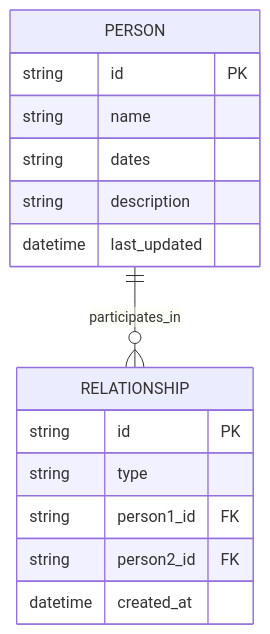
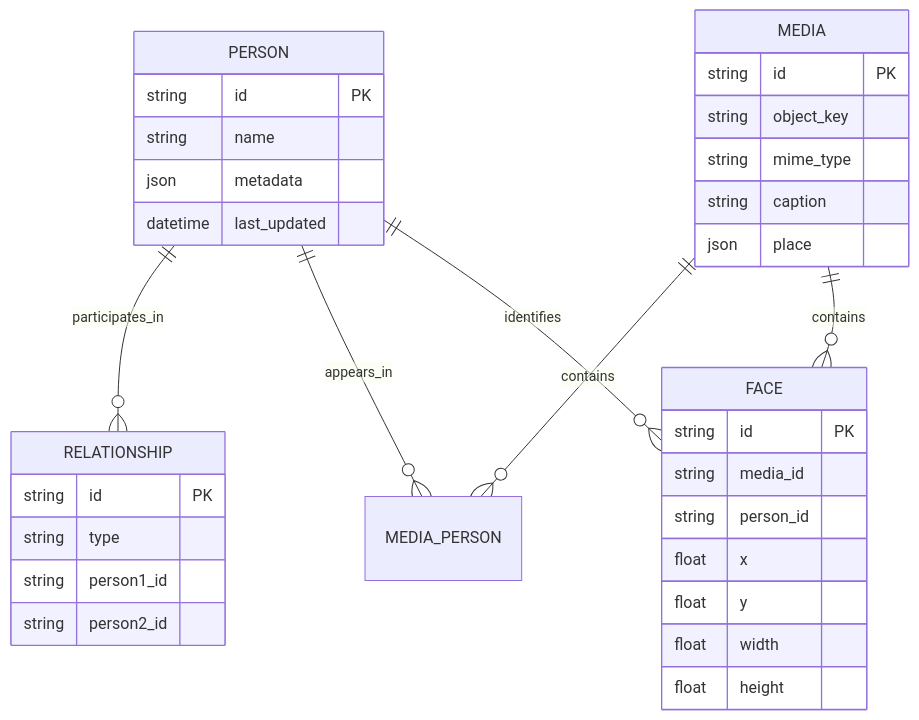
One commit to guybarnahum/family_tree changed the second of 2 diagrams in README.md. Above: the diagram before and after it, drawn with Mermaid. The commit also changed other lines of this file, not shown here.

````diff
--- a/README.md
+++ b/README.md
@@ -82,18 +111,40 @@
 ```mermaid
 erDiagram
     PERSON ||--o{ RELATIONSHIP : participates_in
+    PERSON ||--o{ MEDIA_PERSON : appears_in
+    MEDIA ||--o{ MEDIA_PERSON : contains
+    MEDIA ||--o{ FACE : contains
+    PERSON ||--o{ FACE : identifies
+
     PERSON {
         string id PK
         string name
-        string dates
-        string description
+        json metadata
         datetime last_updated
     }
+
     RELATIONSHIP {
         string id PK
         string type
-        string person1_id FK
-        string person2_id FK
-        datetime created_at
+        string person1_id
+        string person2_id
+    }
+
+    MEDIA {
+        string id PK
+        string object_key
+        string mime_type
+        string caption
+        json place
+    }
+
+    FACE {
+        string id PK
+        string media_id
+        string person_id
+        float x
+        float y
+        float width
+        float height
     }
 ```
````
